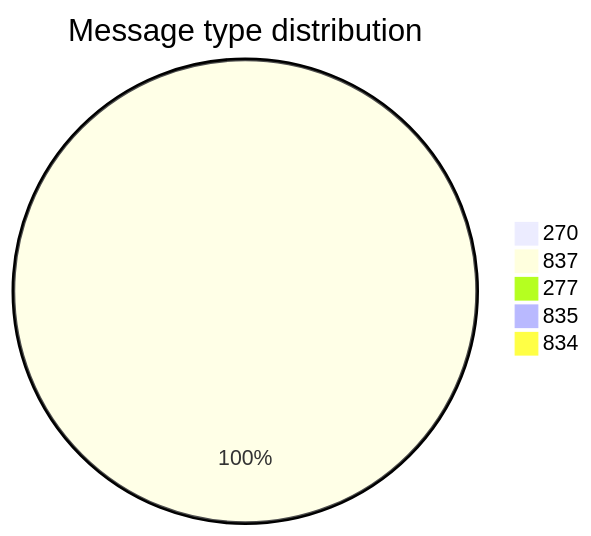
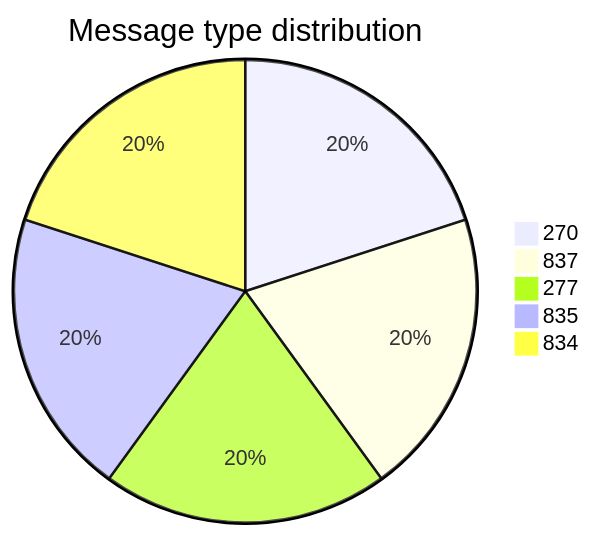
Before and after one commit to dhagan-va/intern-2025: the first of 10 diagrams in test-tools/DataGen/src/Statistics_Visualizer.md, drawn with Mermaid. The commit also changed other lines of this file, not shown here.

````diff
--- a/test-tools/DataGen/src/Statistics_Visualizer.md
+++ b/test-tools/DataGen/src/Statistics_Visualizer.md
@@ -18,8 +18,8 @@
 ```mermaid
 pie title Message type distribution
-    "270" : 0
-    "837" : 500
-    "277" : 0
-    "835" : 0
-    "834" : 0
+    "270" : 3522
+    "837" : 3522
+    "277" : 3522
+    "835" : 3522
+    "834" : 3522
 ```
````
